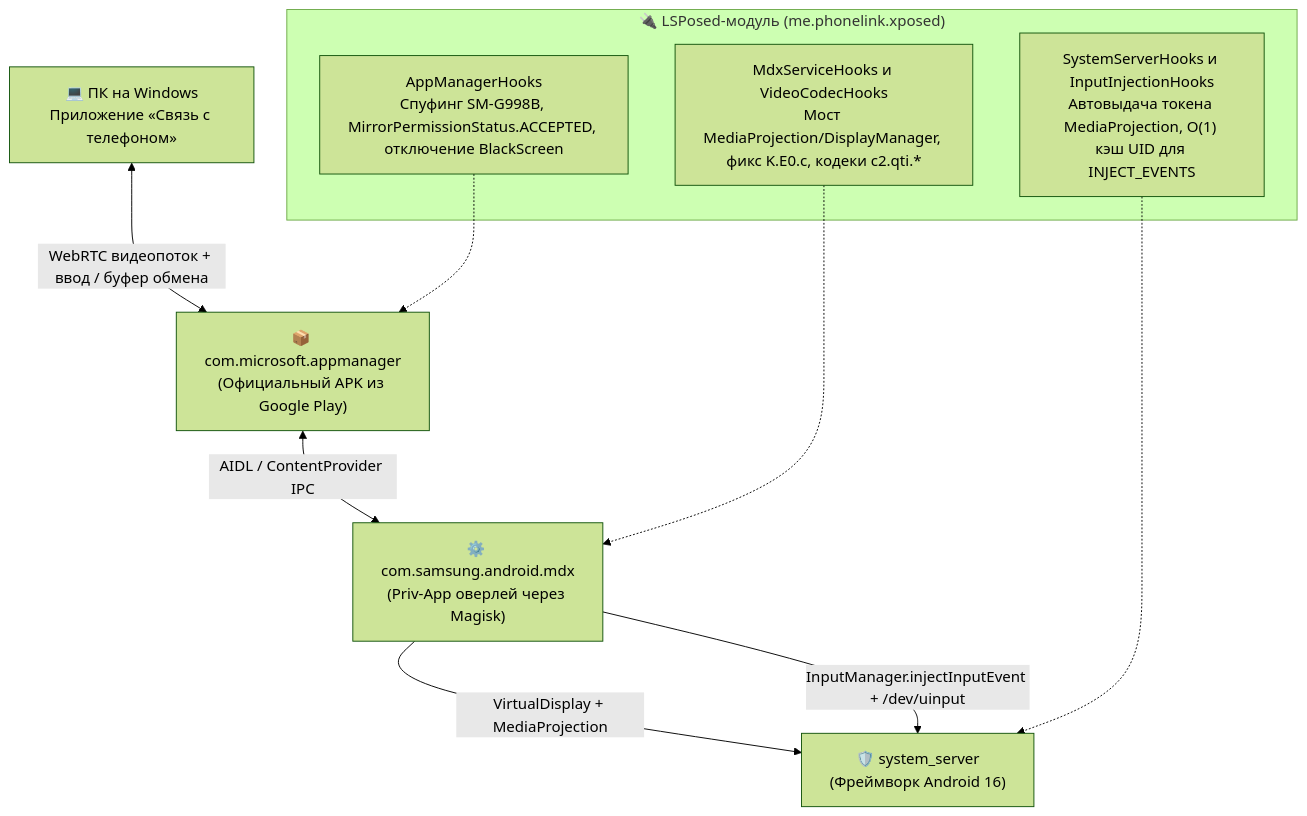
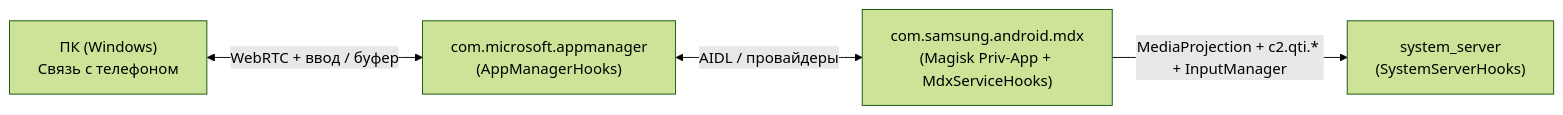
The diagram in README.ru.md (Fleshoo/phonelink-aosp-module), drawn with Mermaid (forest theme) before and after one commit. The commit also changed other lines of this file and 7 other files, not shown here.

````diff
--- a/README.ru.md
+++ b/README.ru.md
@@ -37,22 +70,6 @@
 ```mermaid
-flowchart TB
-    PC["💻 ПК на Windows<br/>Приложение «Связь с телефоном»"]
-    AM["📦 com.microsoft.appmanager<br/>(Официальный APK из Google Play)"]
-    MDX["⚙️ com.samsung.android.mdx<br/>(Priv-App оверлей через Magisk)"]
-    SYS["🛡️ system_server<br/>(Фреймворк Android 16)"]
-
-    PC <-->|"WebRTC видеопоток + ввод / буфер обмена"| AM
-    AM <-->|"AIDL / ContentProvider IPC"| MDX
-    MDX -->|"VirtualDisplay + MediaProjection"| SYS
-    MDX -->|"InputManager.injectInputEvent + /dev/uinput"| SYS
-
-    subgraph LSPosed["🔌 LSPosed-модуль (me.phonelink.xposed)"]
-        H1["AppManagerHooks<br/>Спуфинг SM-G998B, MirrorPermissionStatus.ACCEPTED, отключение BlackScreen"]
-        H2["MdxServiceHooks и VideoCodecHooks<br/>Мост MediaProjection/DisplayManager, фикс K.E0.c, кодеки c2.qti.*"]
-        H3["SystemServerHooks и InputInjectionHooks<br/>Автовыдача токена MediaProjection, O(1) кэш UID для INJECT_EVENTS"]
-    end
-
-    H1 -.-> AM
-    H2 -.-> MDX
-    H3 -.-> SYS
+flowchart LR
+    PC["ПК (Windows)<br/>Связь с телефоном"] <-->|"WebRTC + ввод / буфер"| AM["com.microsoft.appmanager<br/>(AppManagerHooks)"]
+    AM <-->|"AIDL / провайдеры"| MDX["com.samsung.android.mdx<br/>(Magisk Priv-App + MdxServiceHooks)"]
+    MDX -->|"MediaProjection + c2.qti.* + InputManager"| SYS["system_server<br/>(SystemServerHooks)"]
 ```
````
